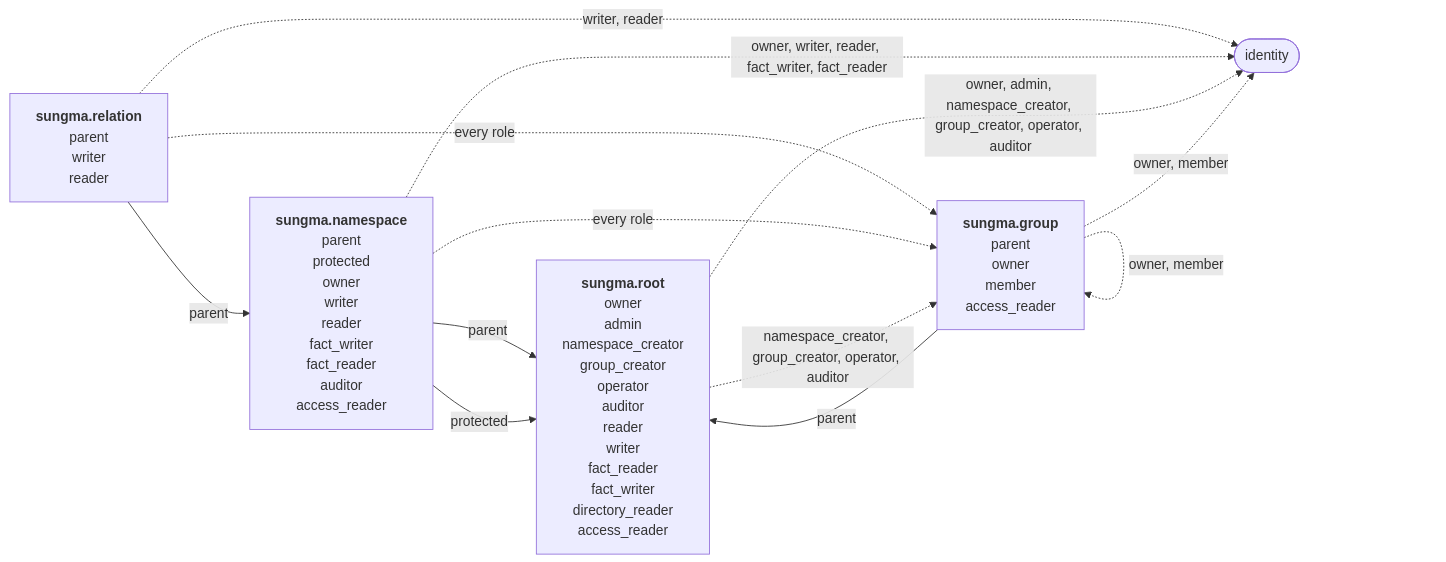
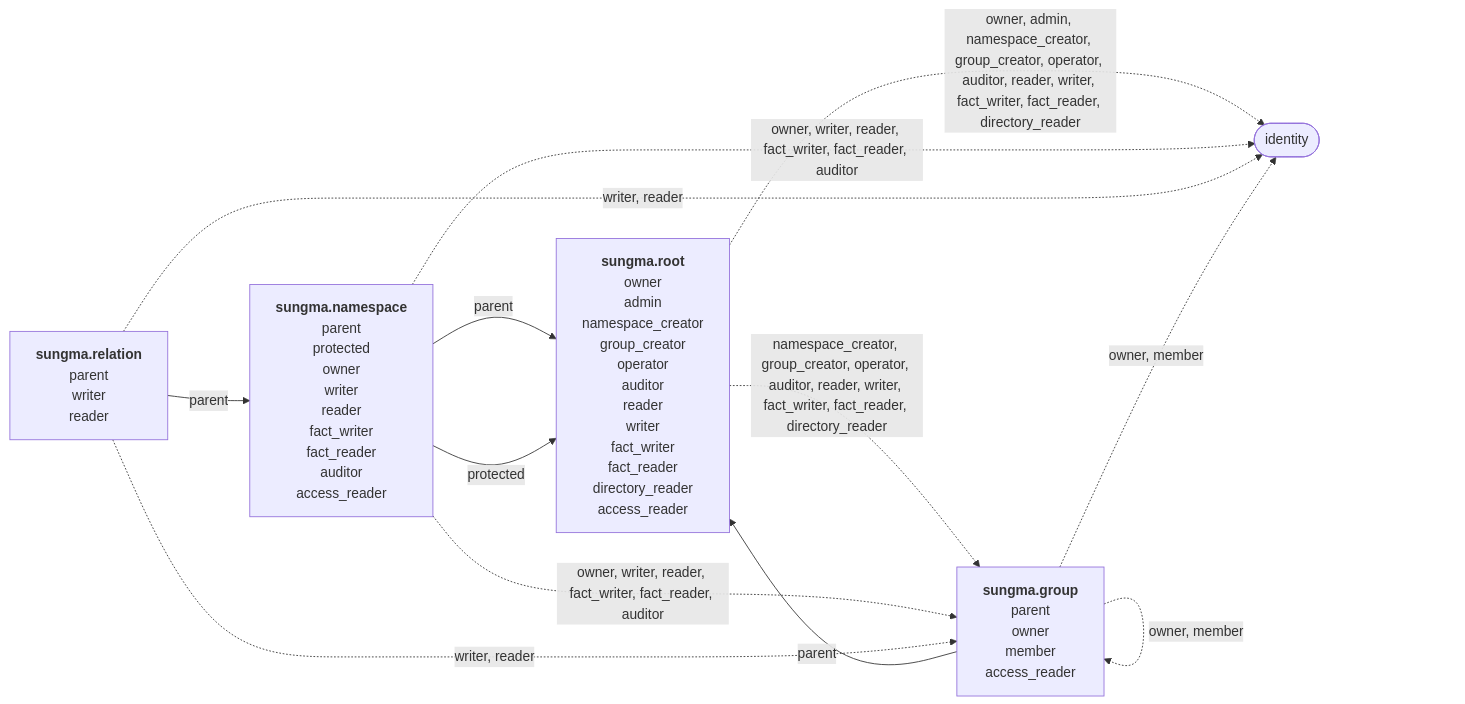
One commit to marklauter/Sungma changed the diagram in docs/specs/sungma-authorization.md. Above: the diagram before and after it, drawn with Mermaid.

Commit message:
Regenerate the authorization model's diagram from the model

````diff
--- a/docs/specs/sungma-authorization.md
+++ b/docs/specs/sungma-authorization.md
@@ -169,20 +169,20 @@
 ```mermaid
 flowchart LR
+  root["<b>sungma.root</b><br/>owner<br/>admin<br/>namespace_creator<br/>group_creator<br/>operator<br/>auditor<br/>reader<br/>writer<br/>fact_writer<br/>fact_reader<br/>directory_reader<br/>access_reader"]
+  namespace["<b>sungma.namespace</b><br/>parent<br/>protected<br/>owner<br/>writer<br/>reader<br/>fact_writer<br/>fact_reader<br/>auditor<br/>access_reader"]
   relation["<b>sungma.relation</b><br/>parent<br/>writer<br/>reader"]
-  namespace["<b>sungma.namespace</b><br/>parent<br/>protected<br/>owner<br/>writer<br/>reader<br/>fact_writer<br/>fact_reader<br/>auditor<br/>access_reader"]
-  root["<b>sungma.root</b><br/>owner<br/>admin<br/>namespace_creator<br/>group_creator<br/>operator<br/>auditor<br/>reader<br/>writer<br/>fact_reader<br/>fact_writer<br/>directory_reader<br/>access_reader"]
   group["<b>sungma.group</b><br/>parent<br/>owner<br/>member<br/>access_reader"]
   identity(["identity"])
-  relation -- parent --> namespace
   namespace -- parent --> root
   namespace -- protected --> root
+  relation -- parent --> namespace
   group -- parent --> root
+  root -. "owner, admin, namespace_creator, group_creator, operator, auditor, reader, writer, fact_writer, fact_reader, directory_reader" .-> identity
+  root -. "namespace_creator, group_creator, operator, auditor, reader, writer, fact_writer, fact_reader, directory_reader" .-> group
+  namespace -. "owner, writer, reader, fact_writer, fact_reader, auditor" .-> identity
+  namespace -. "owner, writer, reader, fact_writer, fact_reader, auditor" .-> group
   relation -. "writer, reader" .-> identity
-  namespace -. "owner, writer, reader, fact_writer, fact_reader" .-> identity
-  root -. "owner, admin, namespace_creator, group_creator, operator, auditor" .-> identity
+  relation -. "writer, reader" .-> group
   group -. "owner, member" .-> identity
-  relation -. "every role" .-> group
-  namespace -. "every role" .-> group
-  root -. "namespace_creator, group_creator, operator, auditor" .-> group
   group -. "owner, member" .-> group
 ```
````
